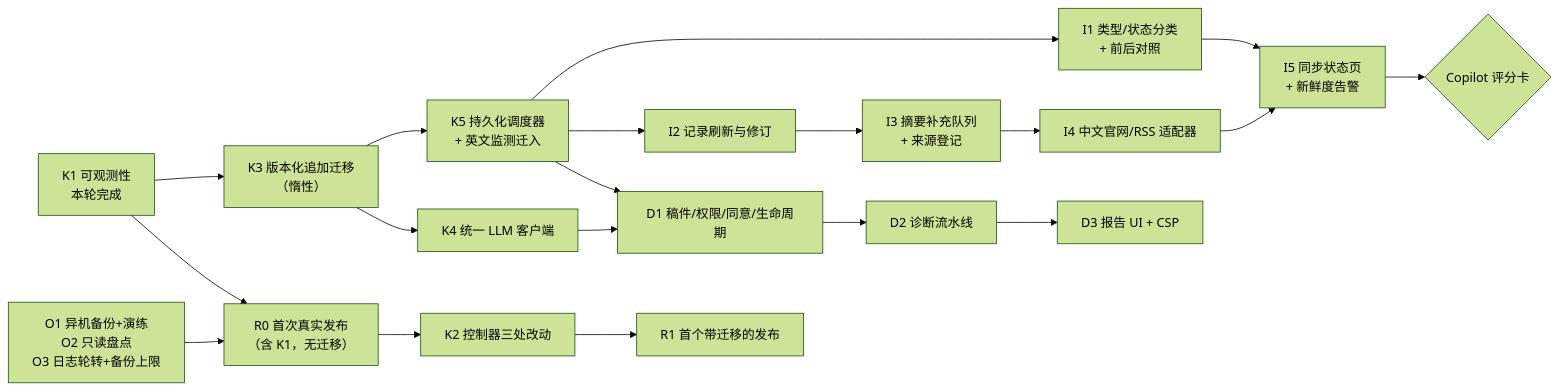
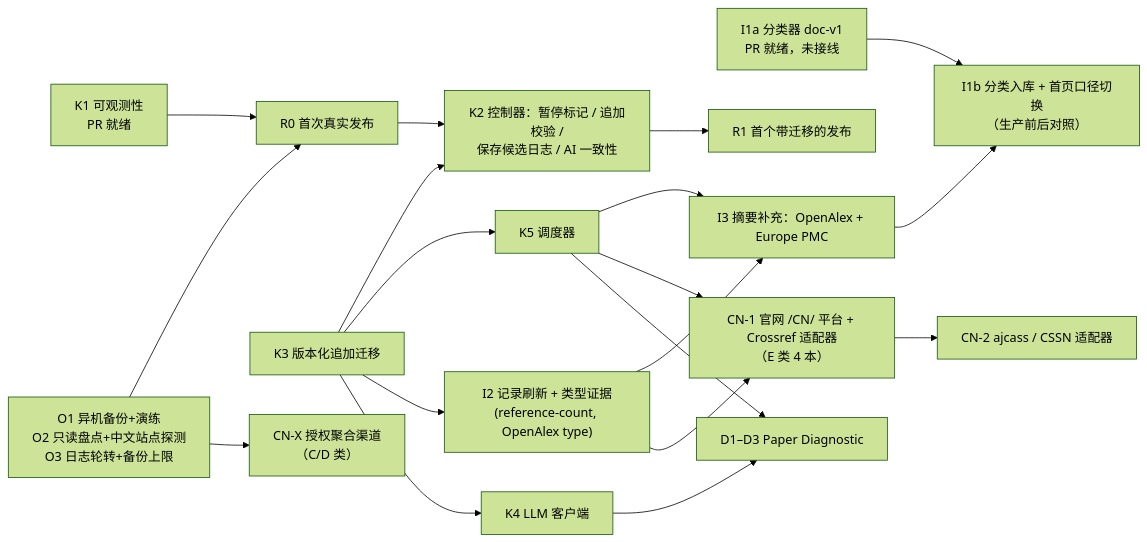
Before and after one commit to MartinZhong2026/FanScope: the diagram in docs/architecture/V2_DELIVERY_PLAN.md, drawn with Mermaid (forest theme). The commit also changed other lines of this file and 4 other files, not shown here.

````diff
--- a/docs/architecture/V2_DELIVERY_PLAN.md
+++ b/docs/architecture/V2_DELIVERY_PLAN.md
@@ -294,19 +324,19 @@
 ```mermaid
 flowchart LR
-  K1["K1 可观测性<br/>本轮完成"] --> K3["K3 版本化追加迁移<br/>（惰性）"]
-  K3 --> K5["K5 持久化调度器<br/>+ 英文监测迁入"]
-  K5 --> I1["I1 类型/状态分类<br/>+ 前后对照"]
-  K5 --> I2["I2 记录刷新与修订"]
-  I2 --> I3["I3 摘要补充队列<br/>+ 来源登记"]
-  I3 --> I4["I4 中文官网/RSS 适配器"]
-  I1 --> I5["I5 同步状态页<br/>+ 新鲜度告警"]
-  I4 --> I5
-  K3 --> K4["K4 统一 LLM 客户端"]
-  K4 --> D1["D1 稿件/权限/同意/生命周期"]
+  K1["K1 可观测性<br/>PR 就绪"] --> R0
+  O["O1 异机备份+演练<br/>O2 只读盘点+中文站点探测<br/>O3 日志轮转+备份上限"] --> R0["R0 首次真实发布"]
+  CL["I1a 分类器 doc-v1<br/>PR 就绪，未接线"] --> I1b
+  K3["K3 版本化追加迁移"] --> K2["K2 控制器：暂停标记 / 追加校验 /<br/>保存候选日志 / AI 一致性"]
+  K3 --> K5["K5 调度器"]
+  K3 --> I2["I2 记录刷新 + 类型证据<br/>(reference-count, OpenAlex type)"]
+  K5 --> I3["I3 摘要补充：OpenAlex + Europe PMC"]
+  I2 --> I3
+  I3 --> I1b["I1b 分类入库 + 首页口径切换<br/>（生产前后对照）"]
+  K5 --> CN1["CN-1 官网 /CN/ 平台 + Crossref 适配器<br/>（E 类 4 本）"]
+  I2 --> CN1
+  CN1 --> CN2["CN-2 ajcass / CSSN 适配器"]
+  O --> CNX["CN-X 授权聚合渠道<br/>（C/D 类）"]
+  K3 --> K4["K4 LLM 客户端"] --> D1["D1–D3 Paper Diagnostic"]
   K5 --> D1
-  D1 --> D2["D2 诊断流水线"] --> D3["D3 报告 UI + CSP"]
-  O["O1 异机备份+演练<br/>O2 只读盘点<br/>O3 日志轮转+备份上限"] --> R0["R0 首次真实发布<br/>（含 K1，无迁移）"]
-  K1 --> R0
-  R0 --> K2["K2 控制器三处改动"] --> R1["R1 首个带迁移的发布"]
-  I5 --> C0{"Copilot 评分卡"}
+  R0 --> K2 --> R1["R1 首个带迁移的发布"]
 ```
````
